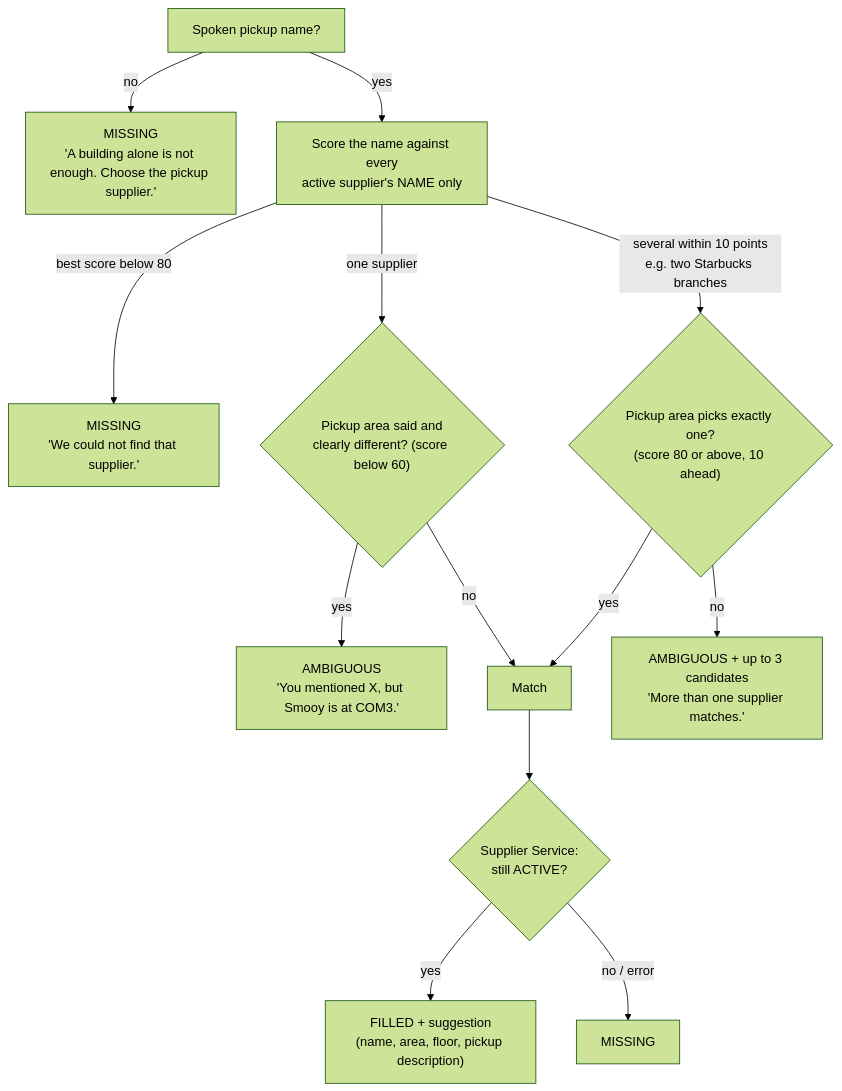
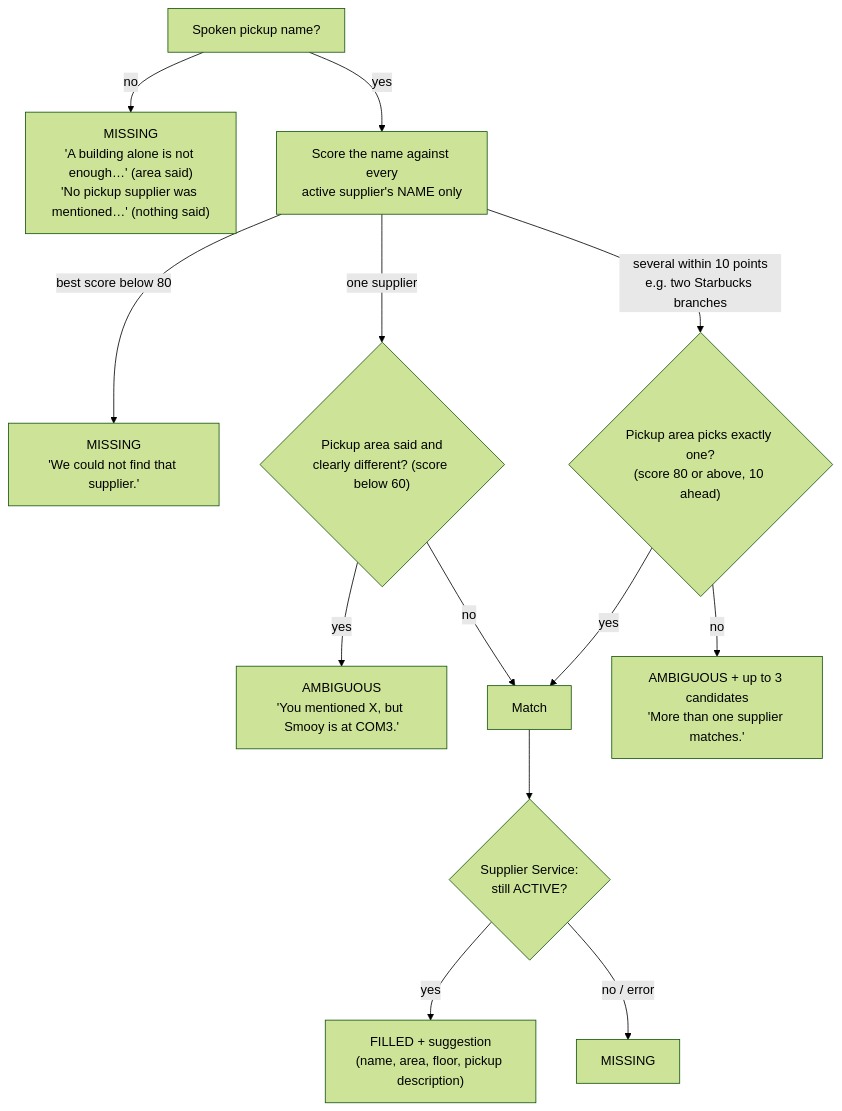
The fourth of 4 diagrams in voice-assist-service/IMPLEMENTATION.md (AY2627S1-CS3219-P6/foc), drawn with Mermaid (forest theme) before and after one commit. The commit also changed other lines of this file, not shown here.

````diff
--- a/voice-assist-service/IMPLEMENTATION.md
+++ b/voice-assist-service/IMPLEMENTATION.md
@@ -441,15 +456,15 @@
 ```mermaid
 flowchart TD
-    A["Spoken pickup name?"] -->|no| M1["MISSING\n'A building alone is not enough. Choose the pickup supplier.'"]
+    A["Spoken pickup name?"] -->|no| M1["MISSING\n'A building alone is not enough…' (area said)\n'No pickup supplier was mentioned…' (nothing said)"]
     A -->|yes| B["Score the name against every\nactive supplier's NAME only"]
     B -->|best score below 80| M2["MISSING\n'We could not find that supplier.'"]
     B -->|one supplier| C{"Pickup area said and\nclearly different? (score below 60)"}
     C -->|yes| AM1["AMBIGUOUS\n'You mentioned X, but Smooy is at COM3.'"]
     C -->|no| F["Match"]
     B -->|several within 10 points\ne.g. two Starbucks branches| D{"Pickup area picks exactly one?\n(score 80 or above, 10 ahead)"}
     D -->|yes| F
     D -->|no| AM2["AMBIGUOUS + up to 3 candidates\n'More than one supplier matches.'"]
     F --> G{"Supplier Service:\nstill ACTIVE?"}
     G -->|yes| FILLED["FILLED + suggestion\n(name, area, floor, pickup description)"]
     G -->|no / error| M3["MISSING"]
 ```
````
